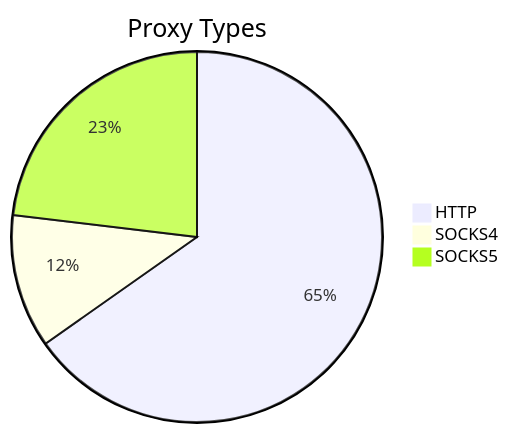
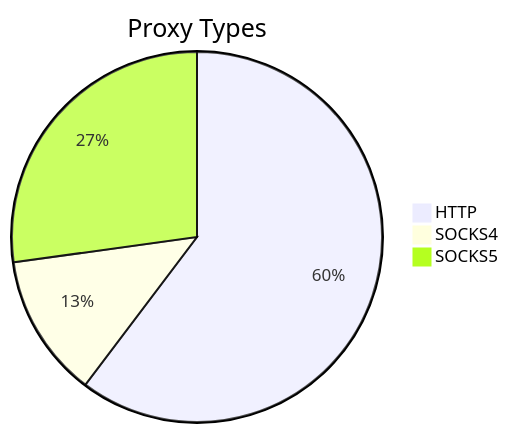
The first of 2 diagrams in README.md (stormsia/proxy-list), drawn with Mermaid before and after one commit. The commit also changed other lines of this file, not shown here.

````diff
--- a/README.md
+++ b/README.md
@@ -21,6 +21,6 @@
 ```mermaid
 pie title Proxy Types
-    "HTTP" : 319
-    "SOCKS4" : 57
-    "SOCKS5" : 113
+    "HTTP" : 366
+    "SOCKS4" : 76
+    "SOCKS5" : 165
 ```
````
